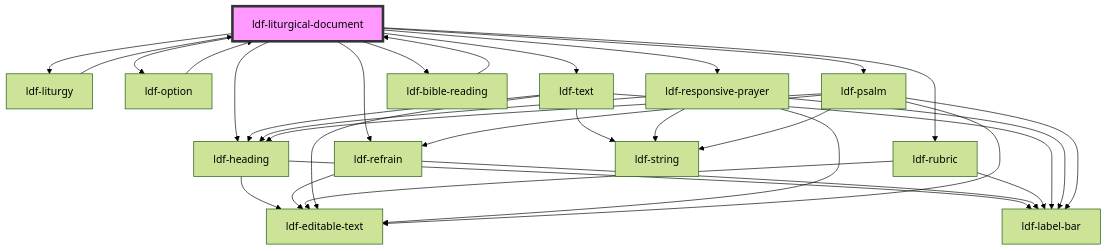
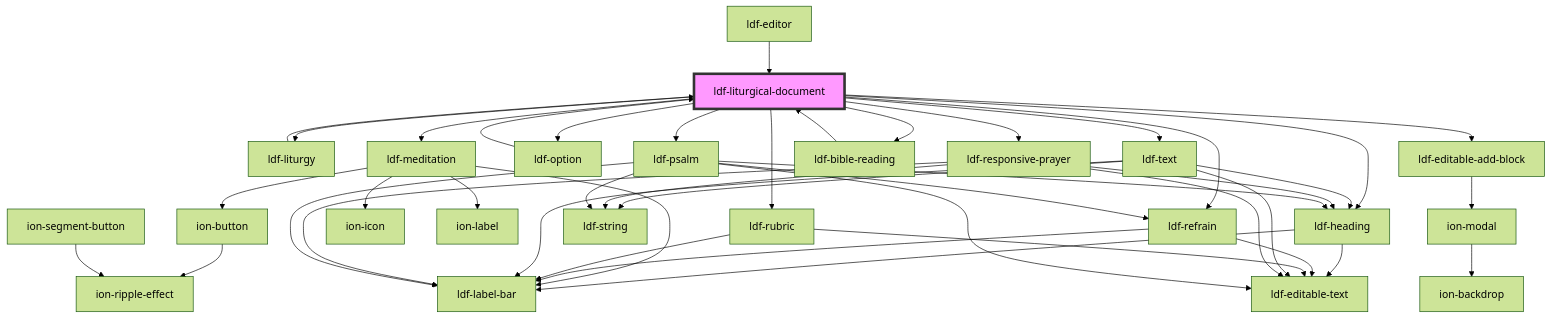
Before and after one commit to gbj/venite: the diagram in components/src/components/liturgical-document/readme.md, drawn with Mermaid (forest theme). The commit also changed other lines of this file and 9 other files, not shown here.

````diff
--- a/components/src/components/liturgical-document/readme.md
+++ b/components/src/components/liturgical-document/readme.md
@@ -38,35 +41,46 @@
 ```mermaid
 graph TD;
   ldf-liturgical-document --> ldf-liturgy
   ldf-liturgical-document --> ldf-heading
+  ldf-liturgical-document --> ldf-meditation
   ldf-liturgical-document --> ldf-option
   ldf-liturgical-document --> ldf-refrain
   ldf-liturgical-document --> ldf-rubric
   ldf-liturgical-document --> ldf-text
   ldf-liturgical-document --> ldf-responsive-prayer
   ldf-liturgical-document --> ldf-bible-reading
   ldf-liturgical-document --> ldf-psalm
+  ldf-liturgical-document --> ldf-editable-add-block
   ldf-liturgy --> ldf-liturgical-document
   ldf-heading --> ldf-editable-text
   ldf-heading --> ldf-label-bar
+  ldf-meditation --> ion-button
+  ldf-meditation --> ion-icon
+  ldf-meditation --> ion-label
+  ldf-meditation --> ldf-label-bar
+  ion-button --> ion-ripple-effect
   ldf-option --> ldf-liturgical-document
+  ion-segment-button --> ion-ripple-effect
   ldf-refrain --> ldf-label-bar
   ldf-refrain --> ldf-editable-text
   ldf-rubric --> ldf-label-bar
   ldf-rubric --> ldf-editable-text
   ldf-text --> ldf-label-bar
   ldf-text --> ldf-heading
   ldf-text --> ldf-editable-text
   ldf-text --> ldf-string
   ldf-responsive-prayer --> ldf-editable-text
   ldf-responsive-prayer --> ldf-string
   ldf-responsive-prayer --> ldf-label-bar
   ldf-responsive-prayer --> ldf-heading
   ldf-bible-reading --> ldf-liturgical-document
   ldf-psalm --> ldf-refrain
   ldf-psalm --> ldf-heading
   ldf-psalm --> ldf-label-bar
   ldf-psalm --> ldf-editable-text
   ldf-psalm --> ldf-string
+  ldf-editable-add-block --> ion-modal
+  ion-modal --> ion-backdrop
+  ldf-editor --> ldf-liturgical-document
   style ldf-liturgical-document fill:#f9f,stroke:#333,stroke-width:4px
 ```
````
